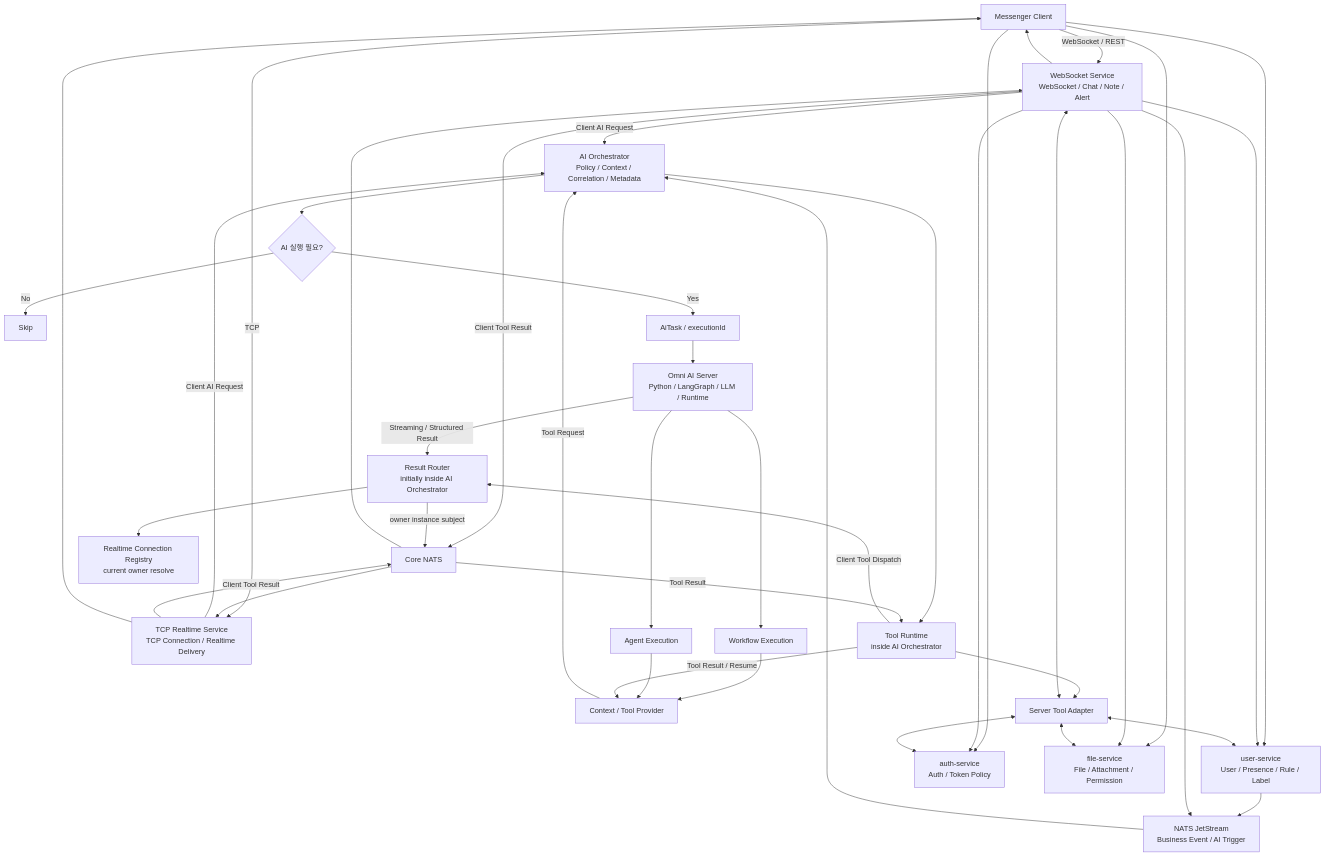
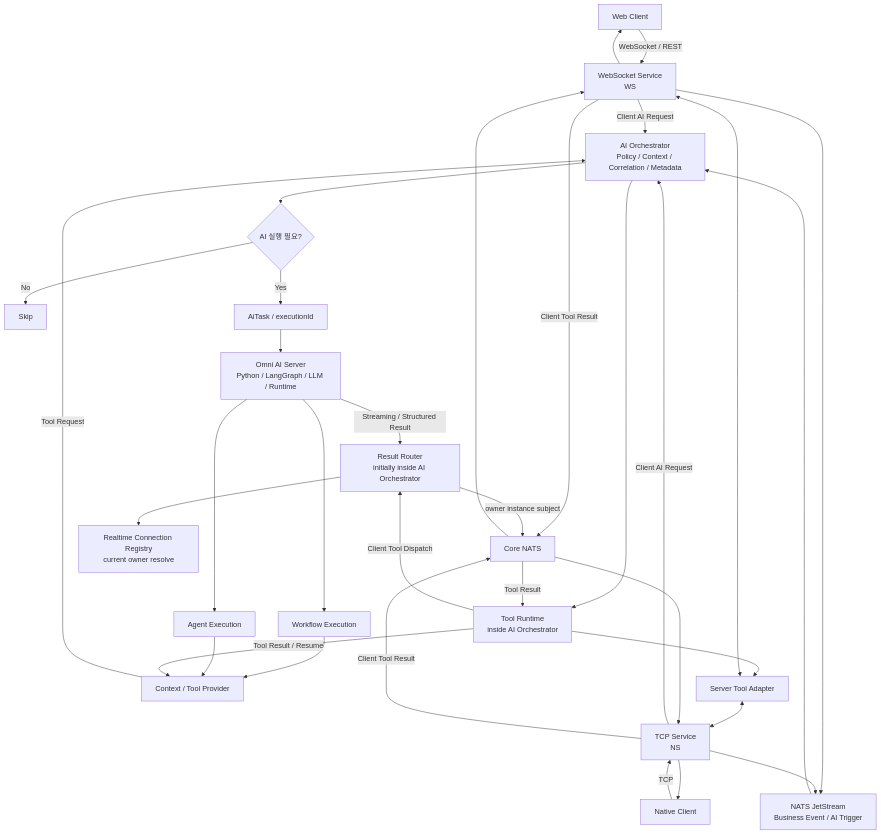
The diagram in docs/overview.md (kipo3195/omni-ai-architecture), drawn with Mermaid before and after one commit. The commit also changed other lines of this file and 37 other files, not shown here.

````diff
--- a/docs/overview.md
+++ b/docs/overview.md
@@ -20,48 +22,38 @@
 ```mermaid
 flowchart TD
-    A[Messenger Client] -->|WebSocket / REST| B[WebSocket Service<br/>WebSocket / Chat / Note / Alert]
-    A -->|TCP| T[TCP Realtime Service<br/>TCP Connection / Realtime Delivery]
+    WC[Web Client] -->|WebSocket / REST| B[WebSocket Service<br/>WS]
+    NC[Native Client] -->|TCP| T[TCP Service<br/>NS]
     B -->|Client AI Request| G[AI Orchestrator<br/>Policy / Context / Correlation / Metadata]
     T -->|Client AI Request| G
-    A --> C[user-service<br/>User / Presence / Rule / Label]
-    A --> D[auth-service<br/>Auth / Token Policy]
-    A --> E[file-service<br/>File / Attachment / Permission]
-
-    B --> C[user-service<br/>User / Presence / Rule / Label]
-    B --> D[auth-service<br/>Auth / Token Policy]
-    B --> E[file-service<br/>File / Attachment / Permission]
-
-    C --> F[NATS JetStream<br/>Business Event / AI Trigger]
     B --> F
+    T --> F[NATS JetStream<br/>Business Event / AI Trigger]
     F --> G
 
     G --> H{AI 실행 필요?}
     H -- No --> I[Skip]
     H -- Yes --> J[AiTask / executionId]
     J --> K[Omni AI Server<br/>Python / LangGraph / LLM / Runtime]
 
     K --> L[Workflow Execution]
     K --> M[Agent Execution]
     L --> N[Context / Tool Provider]
     M --> N
     N -->|Tool Request| G
     G --> O[Tool Runtime<br/>inside AI Orchestrator]
     O --> V[Server Tool Adapter]
-    V <--> C
-    V <--> D
-    V <--> E
     V <--> B
+    V <--> T
     O -->|Client Tool Dispatch| R
     B -->|Client Tool Result| P
     T -->|Client Tool Result| P
     P -->|Tool Result| O
     O -->|Tool Result / Resume| N
 
     K -->|Streaming / Structured Result| R[Result Router<br/>initially inside AI Orchestrator]
     R --> Q[Realtime Connection Registry<br/>current owner resolve]
     R -->|owner instance subject| P[Core NATS]
     P --> B
     P --> T
-    B --> A
-    T --> A
+    B --> WC
+    T --> NC
 ```
````
